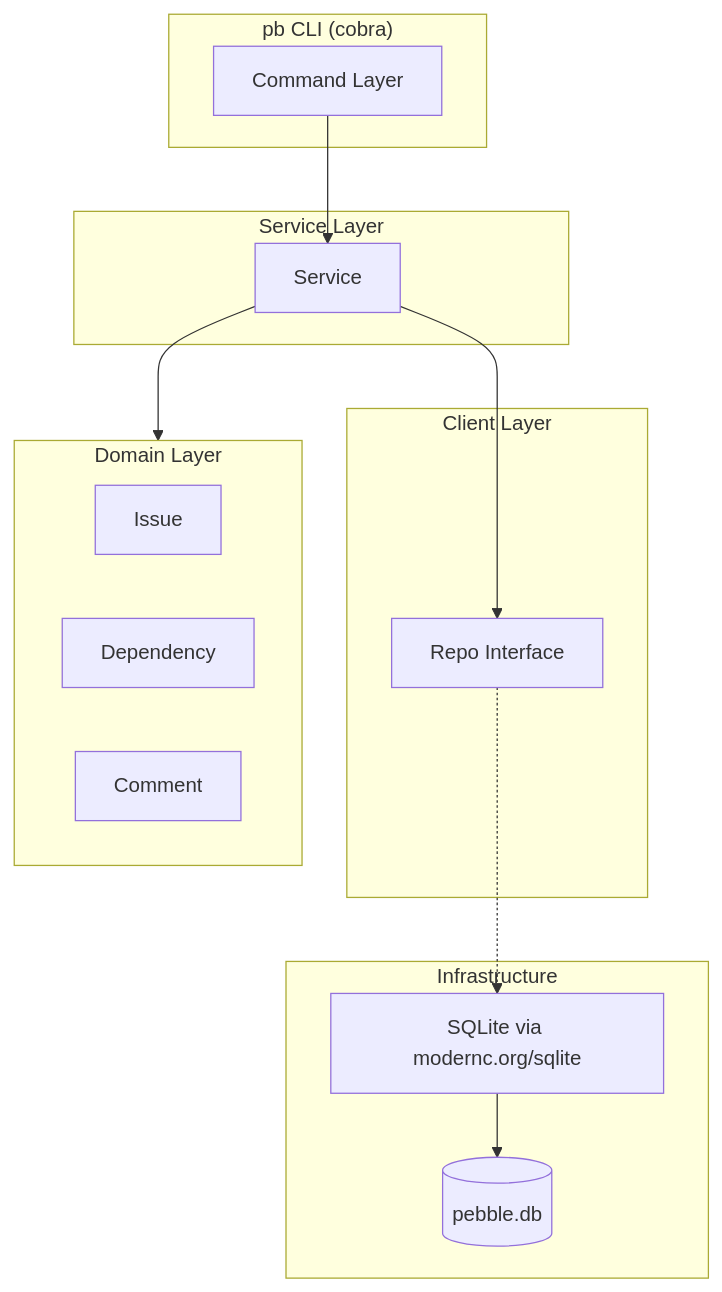
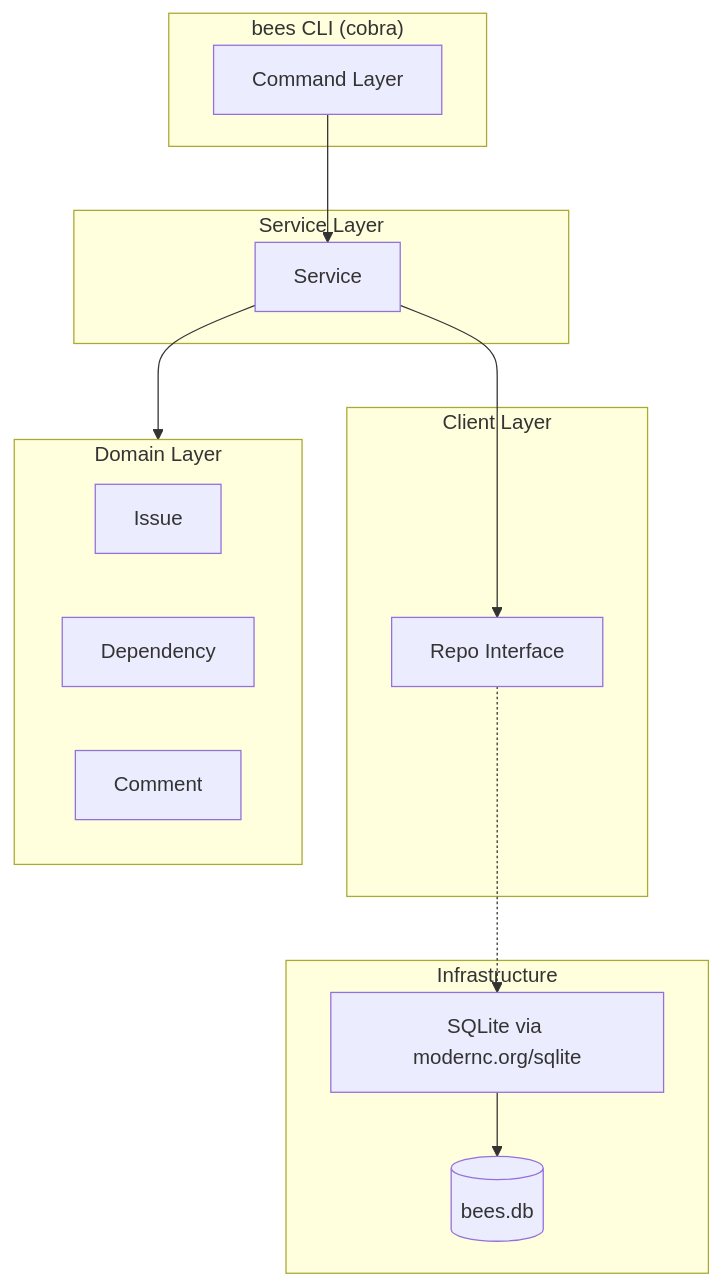
The first of 2 diagrams in README.md (w-h-a/pebble), drawn with Mermaid before and after one commit. The commit also changed other lines of this file and 19 other files, not shown here.

````diff
--- a/README.md
+++ b/README.md
@@ -15,31 +15,31 @@
 ```mermaid
 graph TD
-  subgraph CLI ["pb CLI (cobra)"]
+  subgraph CLI ["bees CLI (cobra)"]
     CMD[Command Layer]
   end
 
   subgraph Service ["Service Layer"]
     SVC[Service]
   end
 
   subgraph Client ["Client Layer"]
     REPO_IF[Repo Interface]
   end
 
   subgraph Infra ["Infrastructure"]
     SQLITE[SQLite via modernc.org/sqlite]
-    DB[(pebble.db)]
+    DB[(bees.db)]
   end
 
   subgraph Domain ["Domain Layer"]
     ISSUE[Issue]
     DEP[Dependency]
     COMMENT[Comment]
   end
 
   CMD --> SVC
   SVC --> Domain
   SVC --> REPO_IF
   REPO_IF -.-> SQLITE
   SQLITE --> DB
 ```
````
